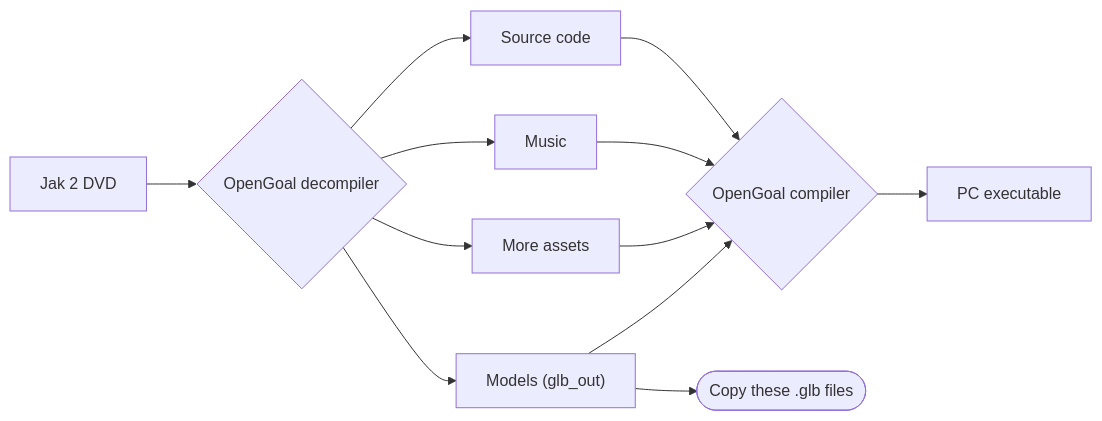
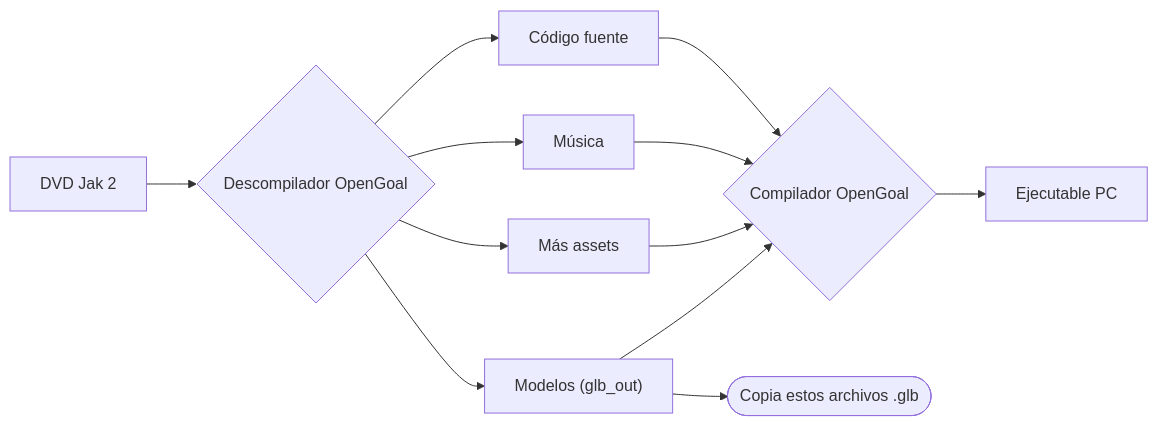
Before and after one commit to Pronink/jak-2-bar-crew-vrchat: the diagram in README_ES.md, drawn with Mermaid. The commit also changed other lines of this file and 1 other file, not shown here.

````diff
--- a/README_ES.md
+++ b/README_ES.md
@@ -73,10 +83,10 @@
 ```mermaid
 flowchart LR
-    DVD[Jak 2 DVD] --> decompiler{OpenGoal decompiler}
-    decompiler --> Src[Source code] --> compiler
-    decompiler --> Music --> compiler
-    decompiler --> Assets[More assets] --> compiler
-    decompiler --> Levels --> compiler
-    compiler{OpenGoal compiler} --> PC[PC executable]
-    Levels["Models (glb_out)"] --> copyThese([Copy these .glb files])
+    DVD[DVD Jak 2] --> decompiler{Descompilador OpenGoal}
+    decompiler --> Src[Código fuente] --> compiler
+    decompiler --> Music[Música] --> compiler
+    decompiler --> Assets[Más assets] --> compiler
+    decompiler --> Levels[Niveles] --> compiler
+    compiler{Compilador OpenGoal} --> PC[Ejecutable PC]
+    Levels["Modelos (glb_out)"] --> copyThese([Copia estos archivos .glb])
 ```
````
